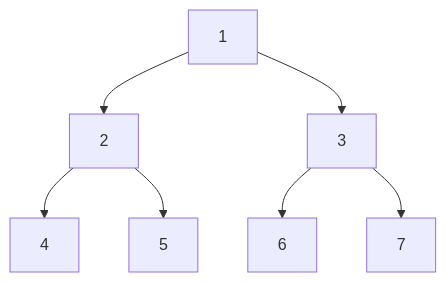
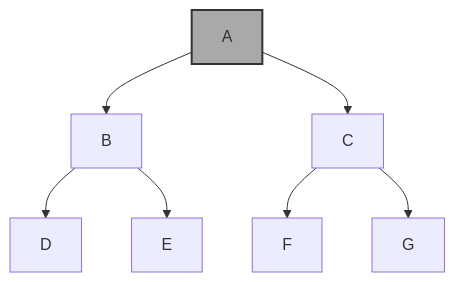
One commit to remykarem/remykarem.github.io changed the second of 7 diagrams in books-src/data-structures-and-algorithms-book/src/algorithms/search/depth-first.md. Above: the diagram before and after it, drawn with Mermaid. The commit also changed other lines of this file, not shown here.

````diff
--- a/books-src/data-structures-and-algorithms-book/src/algorithms/search/depth-first.md
+++ b/books-src/data-structures-and-algorithms-book/src/algorithms/search/depth-first.md
@@ -30,17 +22,10 @@
 ```mermaid
 graph TD
-    A[1]
-    B[2]
-    C[3]
-    D[4]
-    E[5]
-    F[6]
-    G[7]
-
     A --> B
     A --> C
     B --> D
     B --> E
     C --> F
     C --> G
+    style A fill:#a9a9a9,stroke:#333,stroke-width:2px
 ```
````
